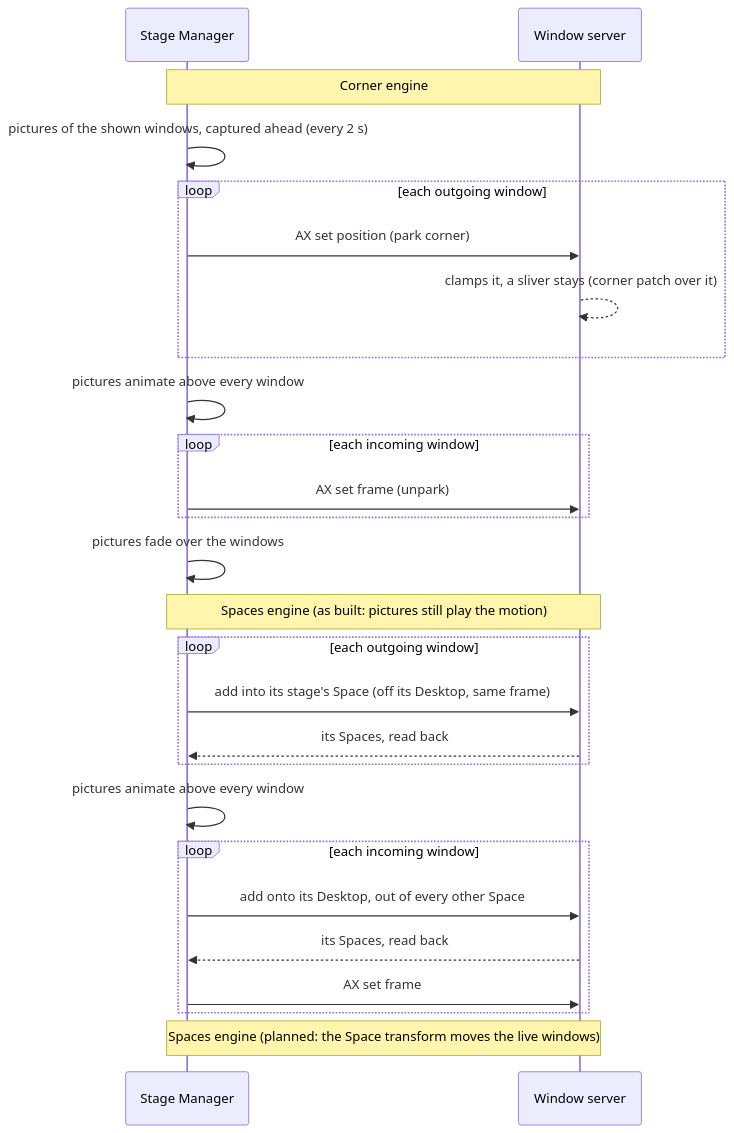
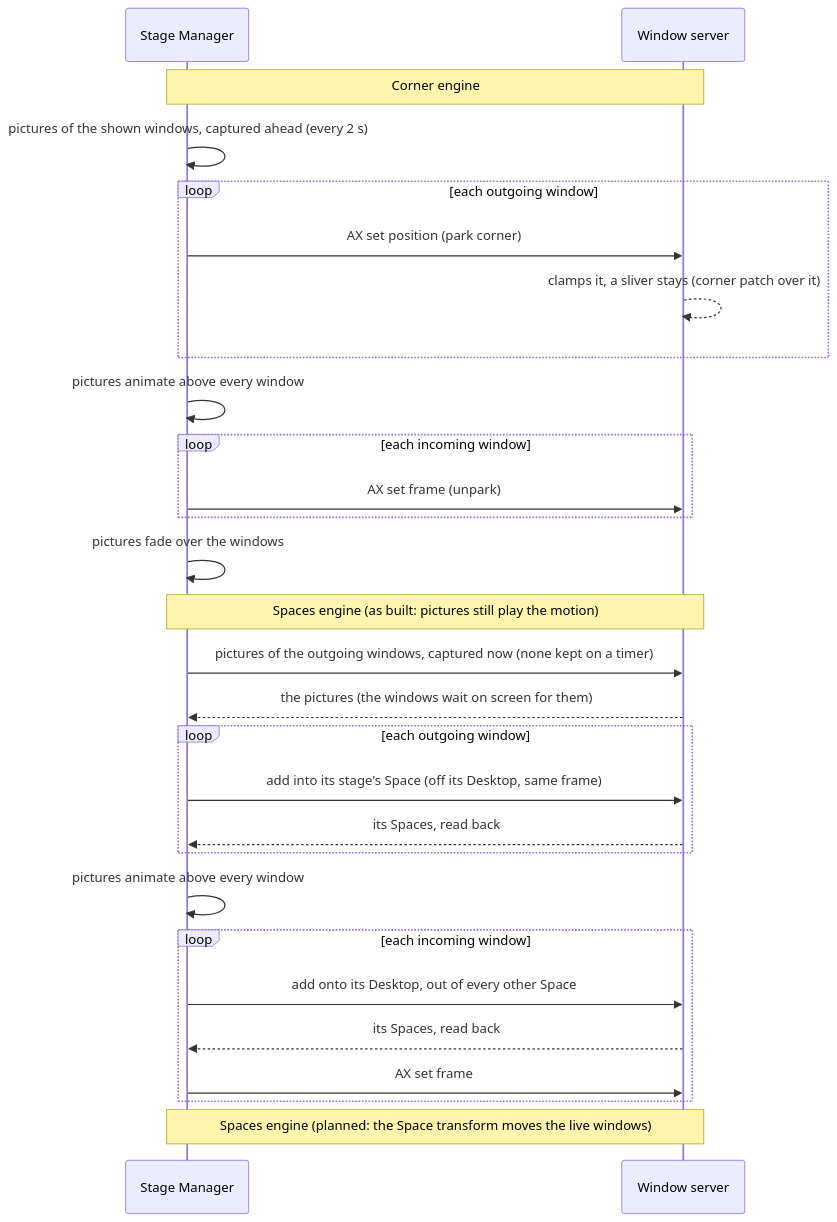
One commit to eugene-tea/stage-manager changed the second of 4 diagrams in docs/ARCHITECTURE.md. Above: the diagram before and after it, drawn with Mermaid. The commit also changed other lines of this file and 13 other files, not shown here.

````diff
--- a/docs/ARCHITECTURE.md
+++ b/docs/ARCHITECTURE.md
@@ -86,28 +86,30 @@
 ```mermaid
 sequenceDiagram
     participant SM as Stage Manager
     participant WS as Window server
     Note over SM,WS: Corner engine
     SM->>SM: pictures of the shown windows, captured ahead (every 2 s)
     loop each outgoing window
         SM->>WS: AX set position (park corner)
         WS-->>WS: clamps it, a sliver stays (corner patch over it)
     end
     SM->>SM: pictures animate above every window
     loop each incoming window
         SM->>WS: AX set frame (unpark)
     end
     SM->>SM: pictures fade over the windows
     Note over SM,WS: Spaces engine (as built: pictures still play the motion)
+    SM->>WS: pictures of the outgoing windows, captured now (none kept on a timer)
+    WS-->>SM: the pictures (the windows wait on screen for them)
     loop each outgoing window
         SM->>WS: add into its stage's Space (off its Desktop, same frame)
         WS-->>SM: its Spaces, read back
     end
     SM->>SM: pictures animate above every window
     loop each incoming window
         SM->>WS: add onto its Desktop, out of every other Space
         WS-->>SM: its Spaces, read back
         SM->>WS: AX set frame
     end
     Note over SM,WS: Spaces engine (planned: the Space transform moves the live windows)
 ```
````
